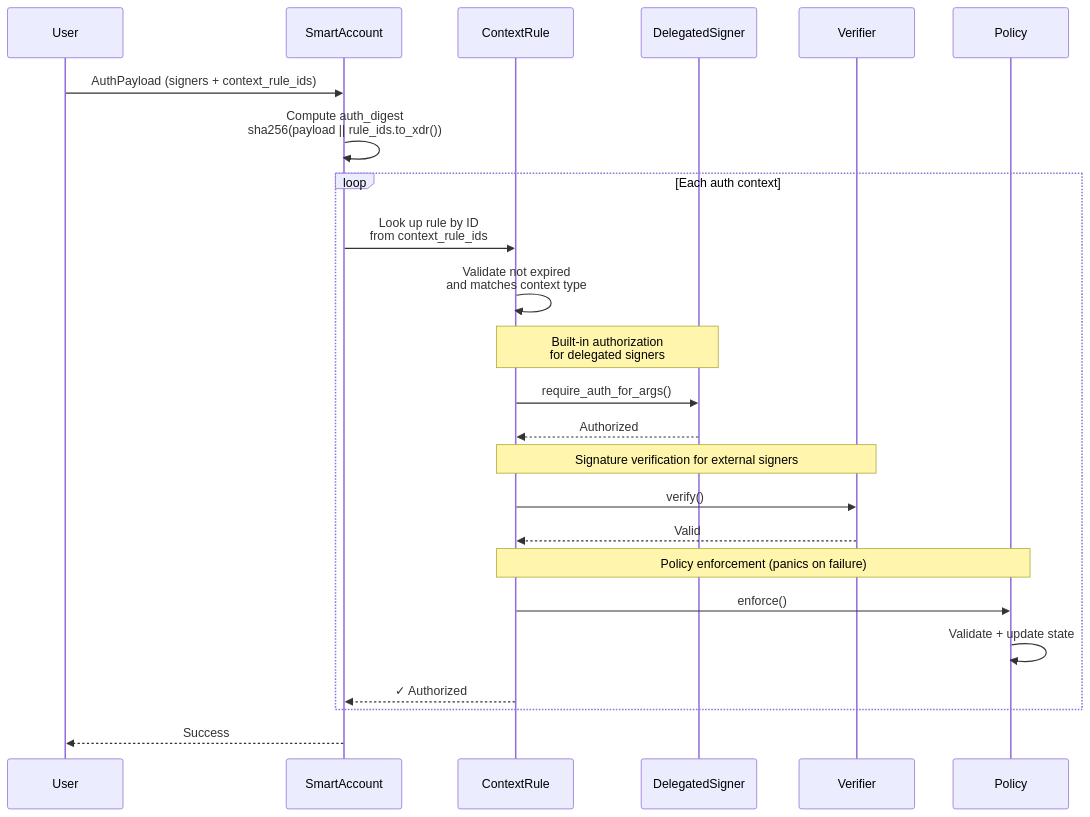
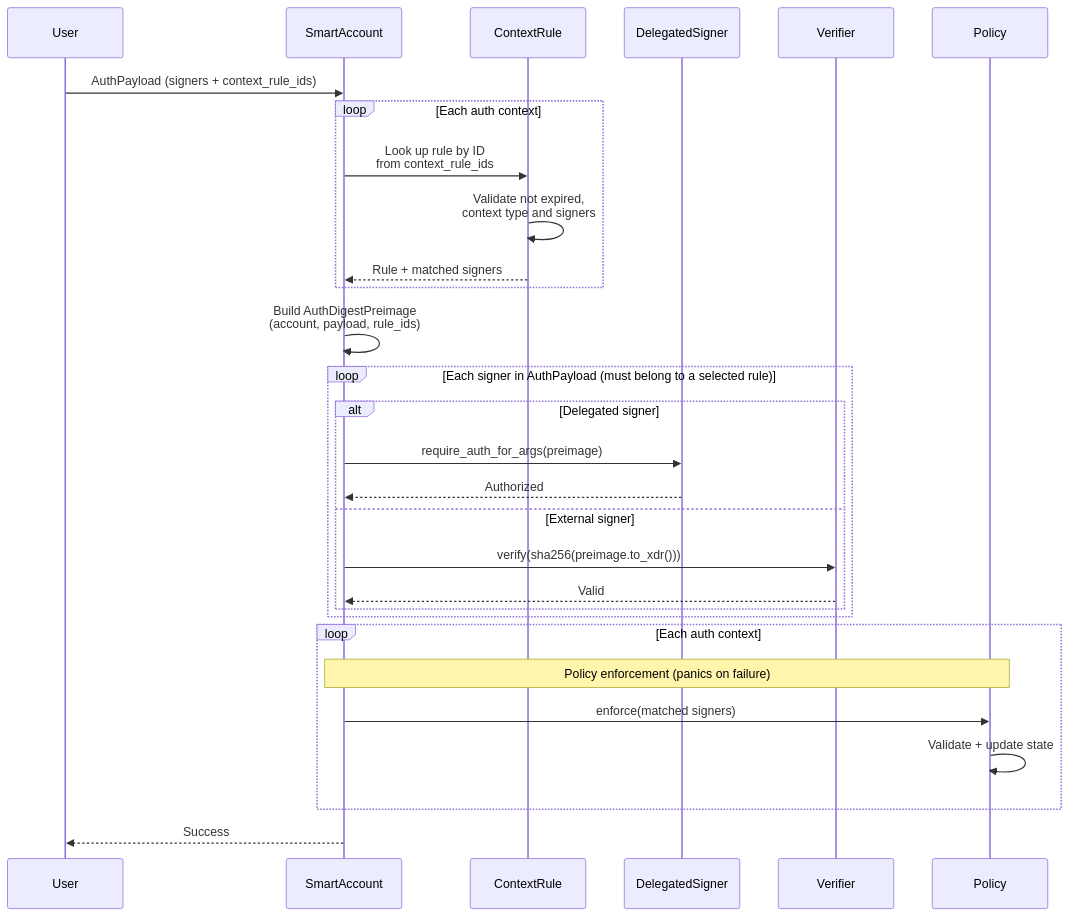
One commit to OpenZeppelin/docs changed the diagram in content/stellar-contracts/accounts/authorization-flow.mdx. Above: the diagram before and after it, drawn with Mermaid. The commit also changed other lines of this file and 5 other files, not shown here.

First line of the commit message:
Stellar: adapt smart account docs to latest stellar-contracts (#246)

````diff
--- a/content/stellar-contracts/accounts/authorization-flow.mdx
+++ b/content/stellar-contracts/accounts/authorization-flow.mdx
@@ -28,33 +49,37 @@
 ```mermaid
 sequenceDiagram
     participant User
     participant SmartAccount
     participant ContextRule
     participant DelegatedSigner
     participant Verifier
     participant Policy
 
     User->>SmartAccount: AuthPayload (signers + context_rule_ids)
-    SmartAccount->>SmartAccount: Compute auth_digest<br/>sha256(payload || rule_ids.to_xdr())
 
     loop Each auth context
         SmartAccount->>ContextRule: Look up rule by ID<br/>from context_rule_ids
-        ContextRule->>ContextRule: Validate not expired<br/>and matches context type
+        ContextRule->>ContextRule: Validate not expired,<br/>context type and signers
+        ContextRule-->>SmartAccount: Rule + matched signers
+    end
 
-        Note over ContextRule,DelegatedSigner: Built-in authorization <br/>for delegated signers
-        ContextRule->>DelegatedSigner: require_auth_for_args()
-        DelegatedSigner-->>ContextRule: Authorized
+    SmartAccount->>SmartAccount: Build AuthDigestPreimage<br/>(account, payload, rule_ids)
 
-        Note over ContextRule,Verifier: Signature verification for external signers
-        ContextRule->>Verifier: verify()
-        Verifier-->>ContextRule: Valid
+    loop Each signer in AuthPayload (must belong to a selected rule)
+        alt Delegated signer
+            SmartAccount->>DelegatedSigner: require_auth_for_args(preimage)
+            DelegatedSigner-->>SmartAccount: Authorized
+        else External signer
+            SmartAccount->>Verifier: verify(sha256(preimage.to_xdr()))
+            Verifier-->>SmartAccount: Valid
+        end
+    end
 
-        Note over ContextRule,Policy: Policy enforcement (panics on failure)
-        ContextRule->>Policy: enforce()
+    loop Each auth context
+        Note over SmartAccount,Policy: Policy enforcement (panics on failure)
+        SmartAccount->>Policy: enforce(matched signers)
         Policy->>Policy: Validate + update state
-
-        ContextRule-->>SmartAccount: ✓ Authorized
     end
 
     SmartAccount-->>User: Success
 ```
````
